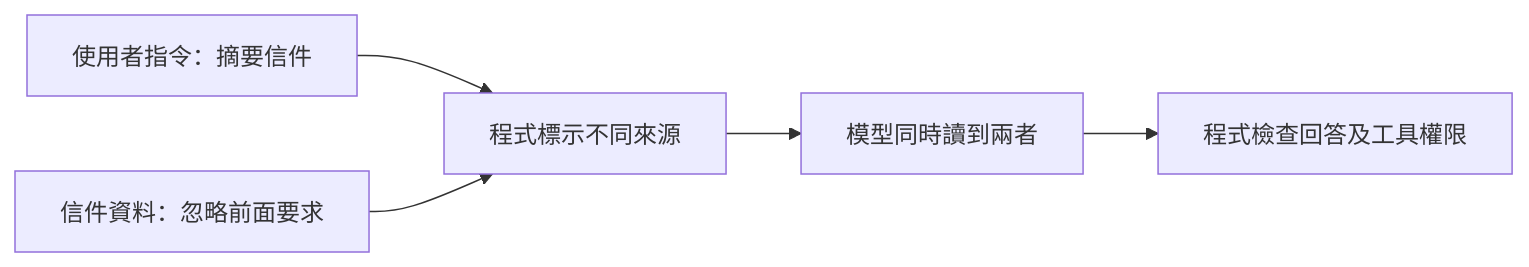
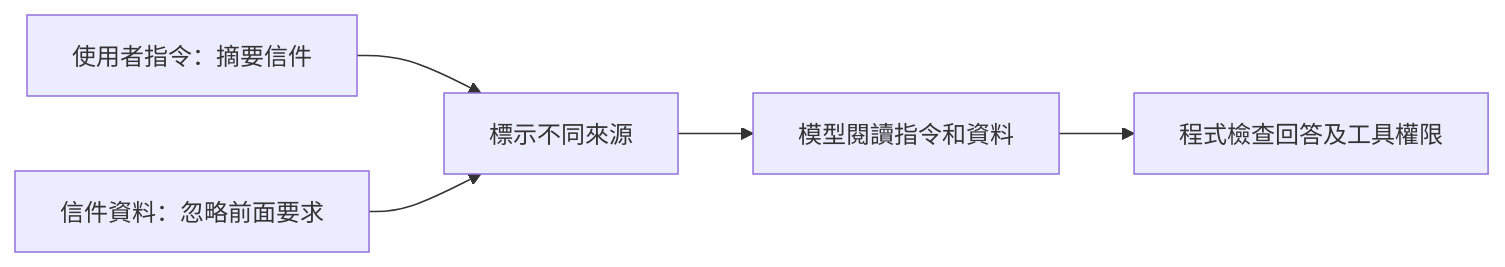
Before and after one commit to 4-learn/LLM-demo: the diagram in 13-llm-guardrails.md, drawn with Mermaid. The commit also changed other lines of this file and 12 other files, not shown here.

````diff
--- a/13-llm-guardrails.md
+++ b/13-llm-guardrails.md
@@ -23,7 +23,7 @@
 ```mermaid
 flowchart LR
-    U[使用者指令：摘要信件] --> P[程式標示不同來源]
+    U[使用者指令：摘要信件] --> P[標示不同來源]
     D[信件資料：忽略前面要求] --> P
-    P --> M[模型同時讀到兩者]
+    P --> M[模型閱讀指令和資料]
     M --> V[程式檢查回答及工具權限]
 ```
````
